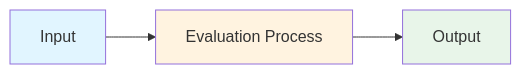
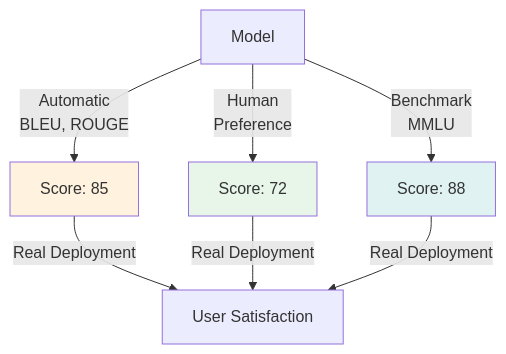
Before and after one commit to souradeepta/interviewprep-ai: the first of 2 diagrams in llm/concepts/evaluation.md, drawn with Mermaid. The commit also changed other lines of this file and 20 other files, not shown here.

First line of the commit message:
feat: enhance 18 LLM concept files with detailed Q&A, diagrams, and real-world examples

````diff
--- a/llm/concepts/evaluation.md
+++ b/llm/concepts/evaluation.md
@@ -61,9 +61,13 @@
 ```mermaid
-graph LR
-    A["Input"] --> B["Evaluation Process"]
-    B --> C["Output"]
+graph TD
+    A["Model"] -->|Automatic<br/>BLEU, ROUGE| B["Score: 85"]
+    A -->|Human<br/>Preference| C["Score: 72"]
+    A -->|Benchmark<br/>MMLU| D["Score: 88"]
+    B -->|Real Deployment| E["User Satisfaction"]
+    C -->|Real Deployment| E
+    D -->|Real Deployment| E
 
-    style A fill:#e1f5ff
     style B fill:#fff3e0
     style C fill:#e8f5e9
+    style D fill:#e0f2f1
 ```
````
